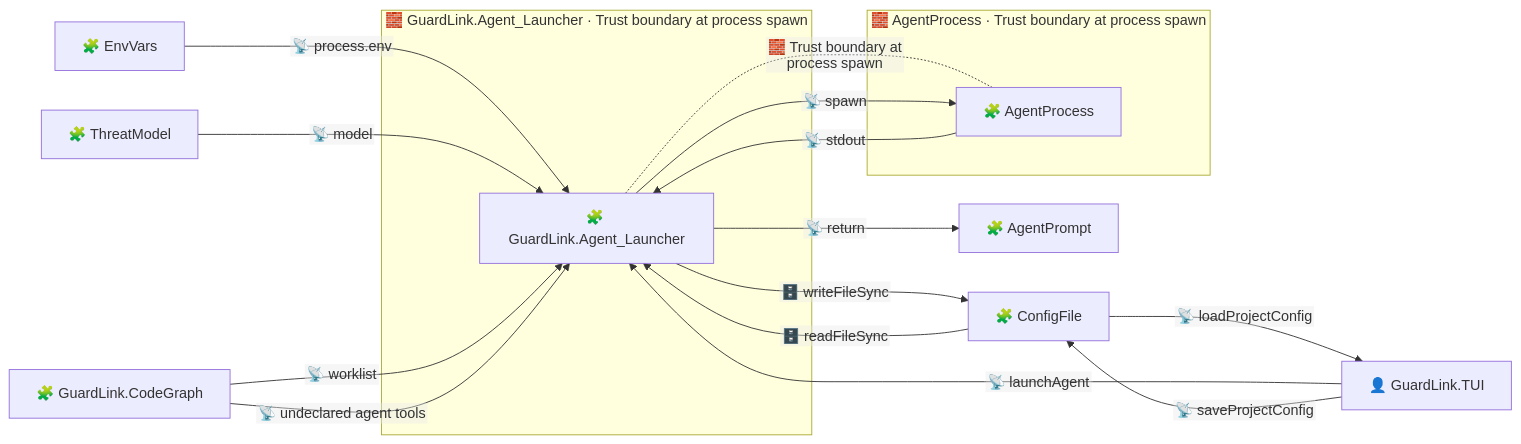
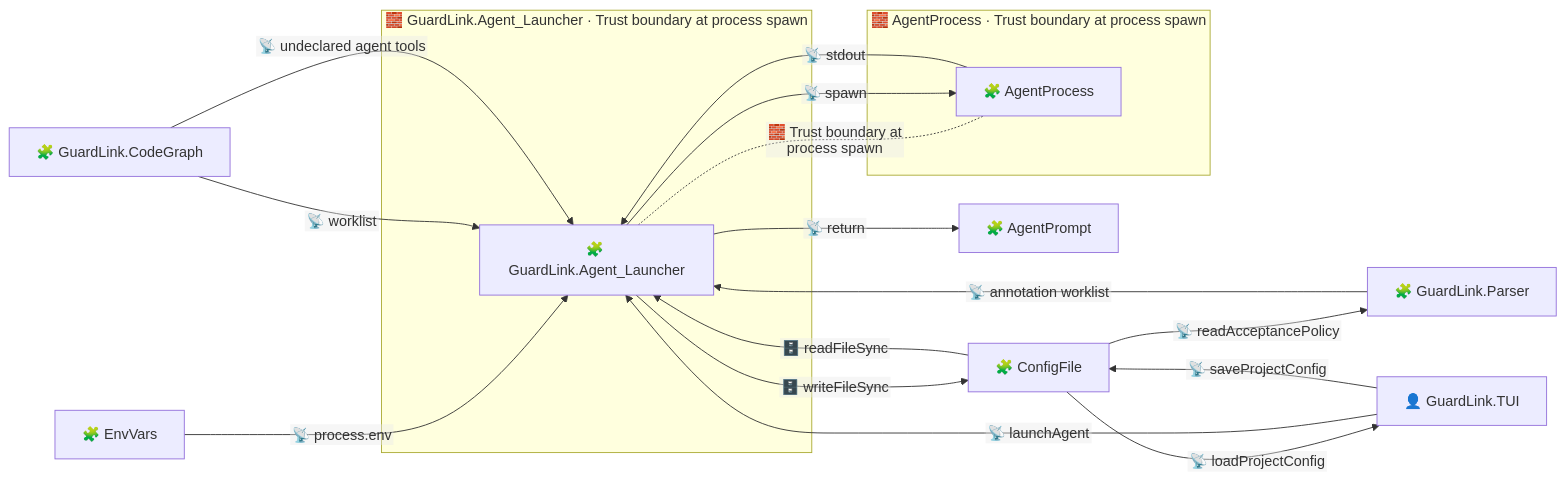
One commit to Bugb-Technologies/guardlink changed the diagram in .guardlink/graph/by-boundary/agent-boundary.mmd. Above: the diagram before and after it, drawn with Mermaid. The commit also changed 83 other files, not shown here.

```diff
--- a/.guardlink/graph/by-boundary/agent-boundary.mmd
+++ b/.guardlink/graph/by-boundary/agent-boundary.mmd
@@ -1,38 +1,39 @@
 %% GENERATED FILE — do not edit. Regenerate with: guardlink artifacts .
 %% artifact:        by-boundary/agent-boundary.mmd
 %% scope:           PARTIAL — the Trust boundary at process spawn between agent-launcher and agentprocess, and what flows across it
-%% annotation_hash: sha256-v3:5d3b189e1c85cc17b0288df470b377a469e9d70db8d925501adb777986413395
+%% annotation_hash: sha256-v3:0ed75b716b292740184b8b0ea0c3b0adf2d12b1af2e7ace1459629428ae51e9b
 %% generator:       guardlink@2.4.0
 %% ---
 %% This diagram is derived from the annotations in this repository. If
 %% annotation_hash above differs from what `guardlink status .` reports, the
 %% diagram is STALE — regenerate rather than trusting it.
 %% When it was generated and at which commit: ask git. Those move for reasons
 %% unrelated to the diagram, so they are reported at emission time, not stored.
 %%{init: {"flowchart": {"nodeSpacing": 44, "rankSpacing": 58, "curve": "basis", "htmlLabels": false}}}%%
 graph LR
   subgraph Z0["🧱 GuardLink.Agent_Launcher · Trust boundary at process spawn"]
     agent_launcher["🧩 GuardLink.Agent_Launcher"]
   end
   subgraph Z1["🧱 AgentProcess · Trust boundary at process spawn"]
     agentprocess["🧩 AgentProcess"]
   end
   envvars["🧩 EnvVars"]
   configfile["🧩 ConfigFile"]
-  threatmodel["🧩 ThreatModel"]
   agentprompt["🧩 AgentPrompt"]
+  parser["🧩 GuardLink.Parser"]
   codegraph["🧩 GuardLink.CodeGraph"]
   tui["👤 GuardLink.TUI"]
   agent_launcher -.-|🧱 Trust boundary at process spawn| agentprocess
   envvars -- "📡 process.env" --> agent_launcher
   configfile -- "🗄️ readFileSync" --> agent_launcher
   agent_launcher -- "🗄️ writeFileSync" --> configfile
   agent_launcher -- "📡 spawn" --> agentprocess
   agentprocess -- "📡 stdout" --> agent_launcher
-  threatmodel -- "📡 model" --> agent_launcher
   agent_launcher -- "📡 return" --> agentprompt
+  parser -- "📡 annotation worklist" --> agent_launcher
   codegraph -- "📡 worklist" --> agent_launcher
   codegraph -- "📡 undeclared agent tools" --> agent_launcher
+  configfile -- "📡 readAcceptancePolicy" --> parser
   tui -- "📡 launchAgent" --> agent_launcher
   configfile -- "📡 loadProjectConfig" --> tui
   tui -- "📡 saveProjectConfig" --> configfile
```
